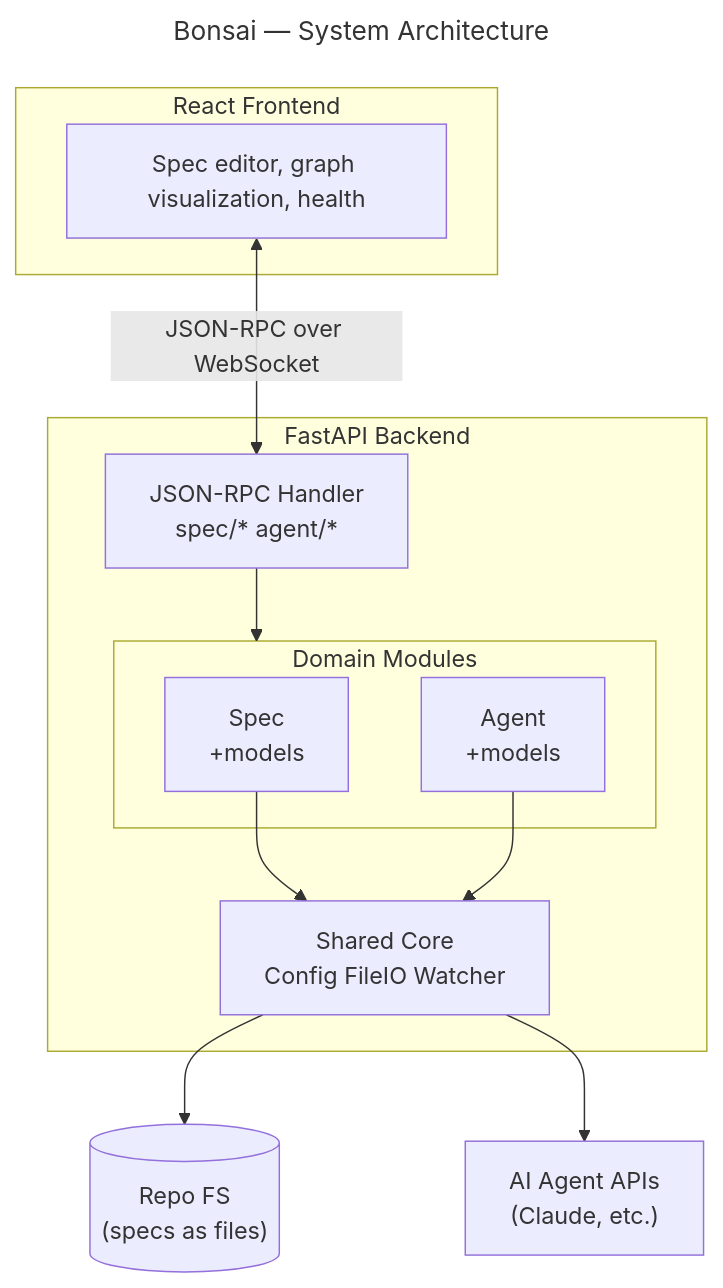
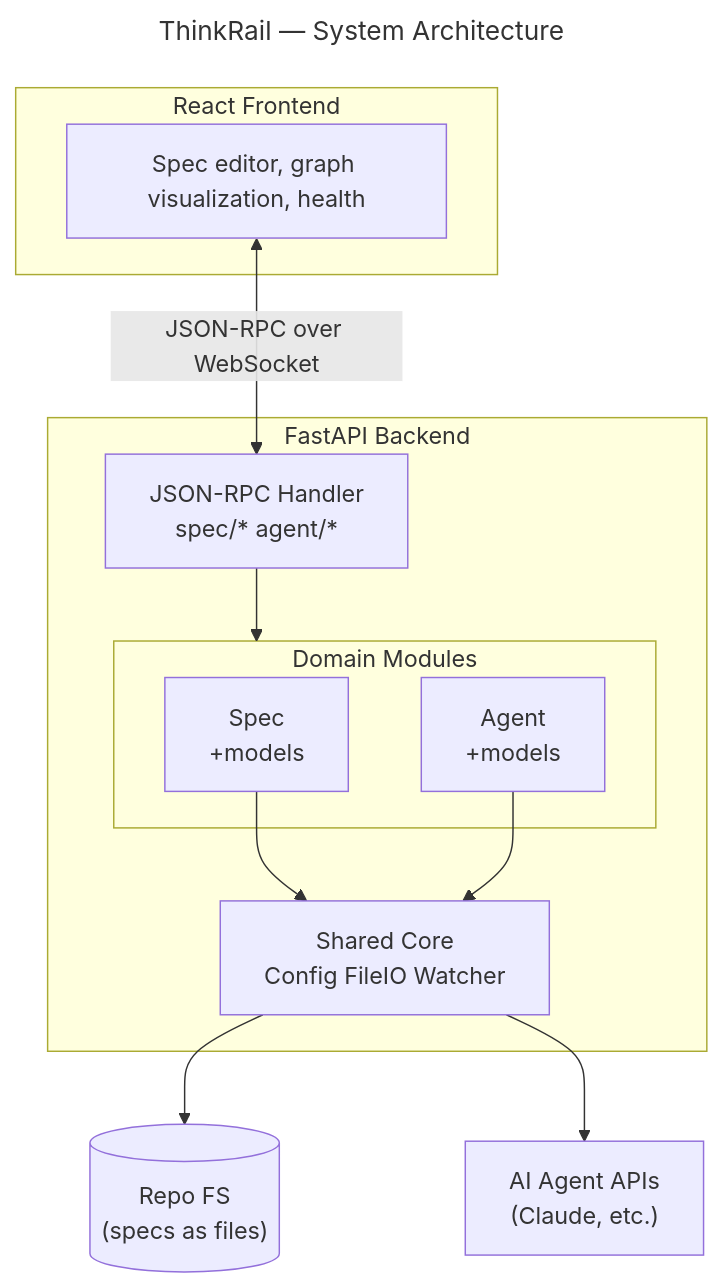
The first of 3 diagrams in DESIGN_DOC.md (JetBrains/thinkrail), drawn with Mermaid before and after one commit. The commit also changed other lines of this file and 372 other files, not shown here.

````diff
--- a/DESIGN_DOC.md
+++ b/DESIGN_DOC.md
@@ -57,30 +57,30 @@
 ```mermaid
 ---
-title: Bonsai — System Architecture
+title: ThinkRail — System Architecture
 ---
 graph TD
     subgraph FEG ["React Frontend"]
         FE["Spec editor, graph visualization, health"]
     end
 
     FE <-- "JSON-RPC over WebSocket" --> RPC
 
     subgraph Backend ["FastAPI Backend"]
         RPC["JSON-RPC Handler<br/>spec/*  agent/*"]
         RPC --> Domain
 
         subgraph Domain ["Domain Modules"]
             Spec["Spec<br/>+models"]
             Agent["Agent<br/>+models"]
         end
 
         Spec --> Core
         Agent --> Core
         Core["Shared Core<br/>Config FileIO Watcher"]
     end
 
     Core --> FS
     Core --> AI
     FS[("Repo FS<br/>(specs as files)")]
     AI["AI Agent APIs<br/>(Claude, etc.)"]
 ```
````
